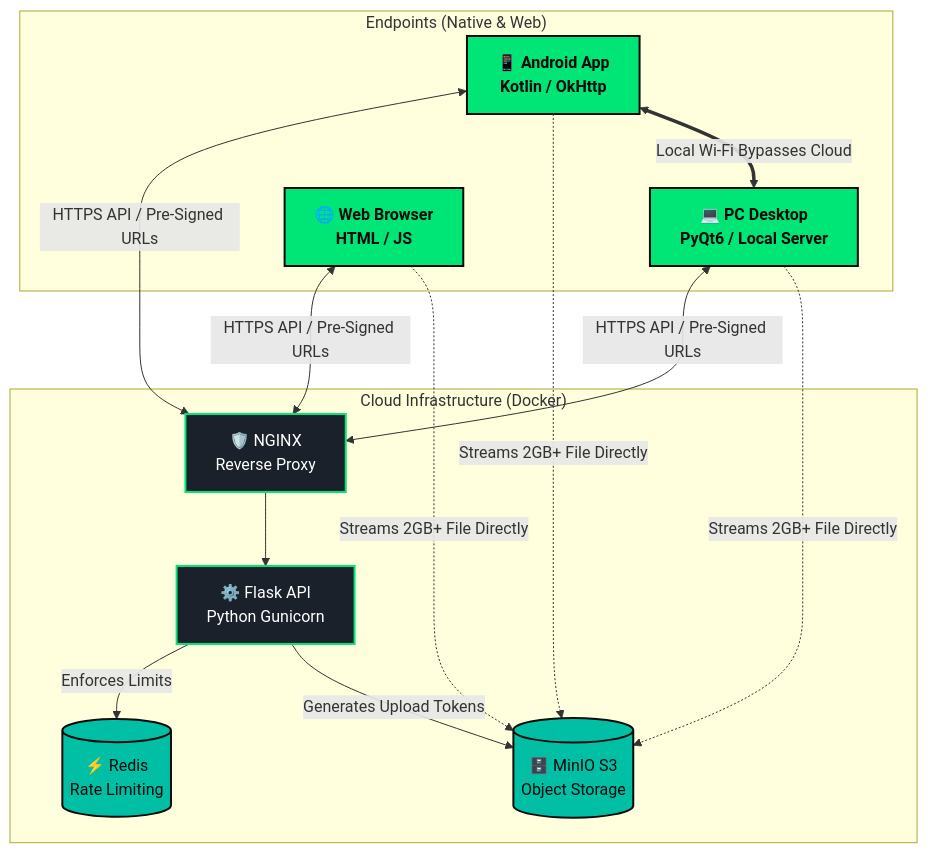
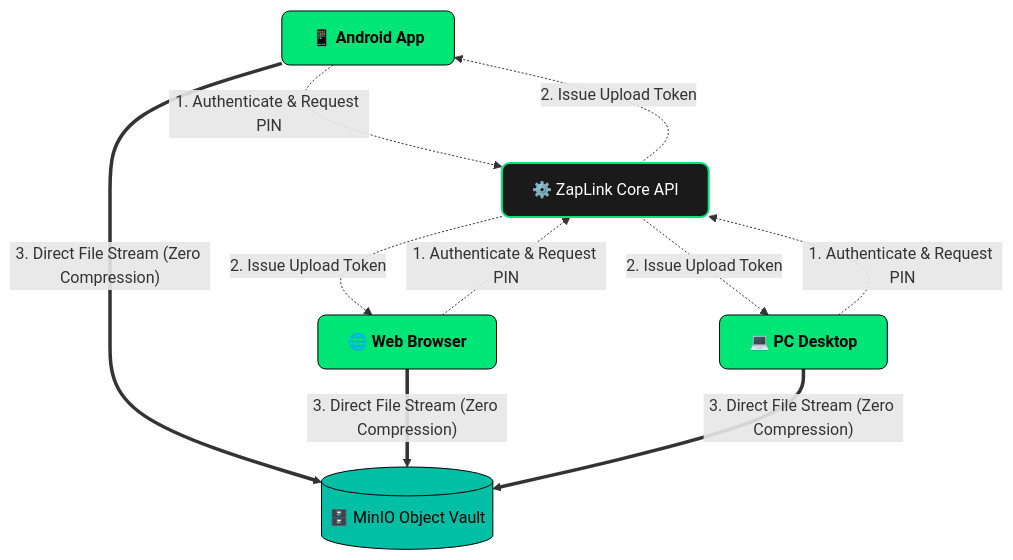
One commit to Mayank1626/file-transfer-relay changed the diagram in README.md. Above: the diagram before and after it, drawn with Mermaid.

Commit message:
docs: Simplify architecture diagram for better readability

````diff
--- a/README.md
+++ b/README.md
@@ -25,36 +25,20 @@
 ```mermaid
 graph TD
-    %% Styling
-    classDef client fill:#00E676,stroke:#0A0A0A,stroke-width:2px,color:#0A0A0A,font-weight:bold;
-    classDef server fill:#1A212A,stroke:#00E676,stroke-width:2px,color:#FFFFFF;
-    classDef db fill:#00BFA5,stroke:#0A0A0A,stroke-width:2px,color:#0A0A0A;
-    
-    subgraph Clients ["Endpoints (Native & Web)"]
-        A[📱 Android App <br/> Kotlin / OkHttp]:::client
-        B[💻 PC Desktop <br/> PyQt6 / Local Server]:::client
-        C[🌐 Web Browser <br/> HTML / JS]:::client
-    end
-    
-    subgraph Cloud ["Cloud Infrastructure (Docker)"]
-        D[🛡️ NGINX <br/> Reverse Proxy]:::server
-        E[⚙️ Flask API <br/> Python Gunicorn]:::server
-        F[(🗄️ MinIO S3 <br/> Object Storage)]:::db
-        G[(⚡ Redis <br/> Rate Limiting)]:::db
-    end
+    classDef client fill:#00E676,stroke:#000,color:#000,font-weight:bold,rx:8px,ry:8px;
+    classDef server fill:#1A1A1A,stroke:#00E676,stroke-width:2px,color:#FFF,rx:8px,ry:8px;
+    classDef storage fill:#00BFA5,stroke:#000,color:#000,rx:8px,ry:8px;
 
-    A <-->|HTTPS API / Pre-Signed URLs| D
-    B <-->|HTTPS API / Pre-Signed URLs| D
-    C <-->|HTTPS API / Pre-Signed URLs| D
-    
-    D --> E
-    E -->|Enforces Limits| G
-    E -->|Generates Upload Tokens| F
-    
-    %% Direct S3 Streaming
-    A -.->|Streams 2GB+ File Directly| F
-    B -.->|Streams 2GB+ File Directly| F
-    C -.->|Streams 2GB+ File Directly| F
-    
-    %% Local Wifi P2P
-    A <==>|Local Wi-Fi Bypasses Cloud| B
+    %% Devices
+    Android[📱 Android App]:::client
+    Web[🌐 Web Browser]:::client
+    PC[💻 PC Desktop]:::client
+
+    %% Cloud Engine
+    API[⚙️ ZapLink Core API]:::server
+    DB[(🗄️ MinIO Object Vault)]:::storage
+
+    %% Simple Data Flow
+    Android & Web & PC -. "1. Authenticate & Request PIN" .-> API
+    API -. "2. Issue Upload Token" .-> Android & Web & PC
+    Android & Web & PC == "3. Direct File Stream (Zero Compression)" ==> DB
 ```
````
